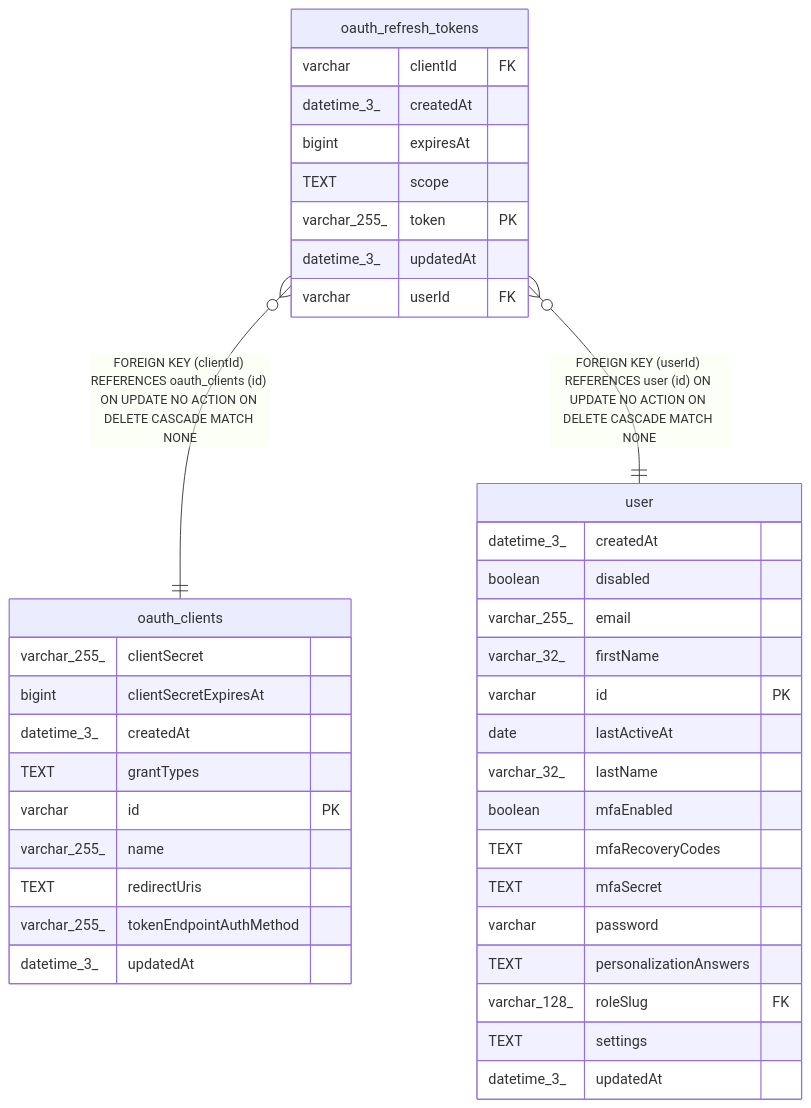
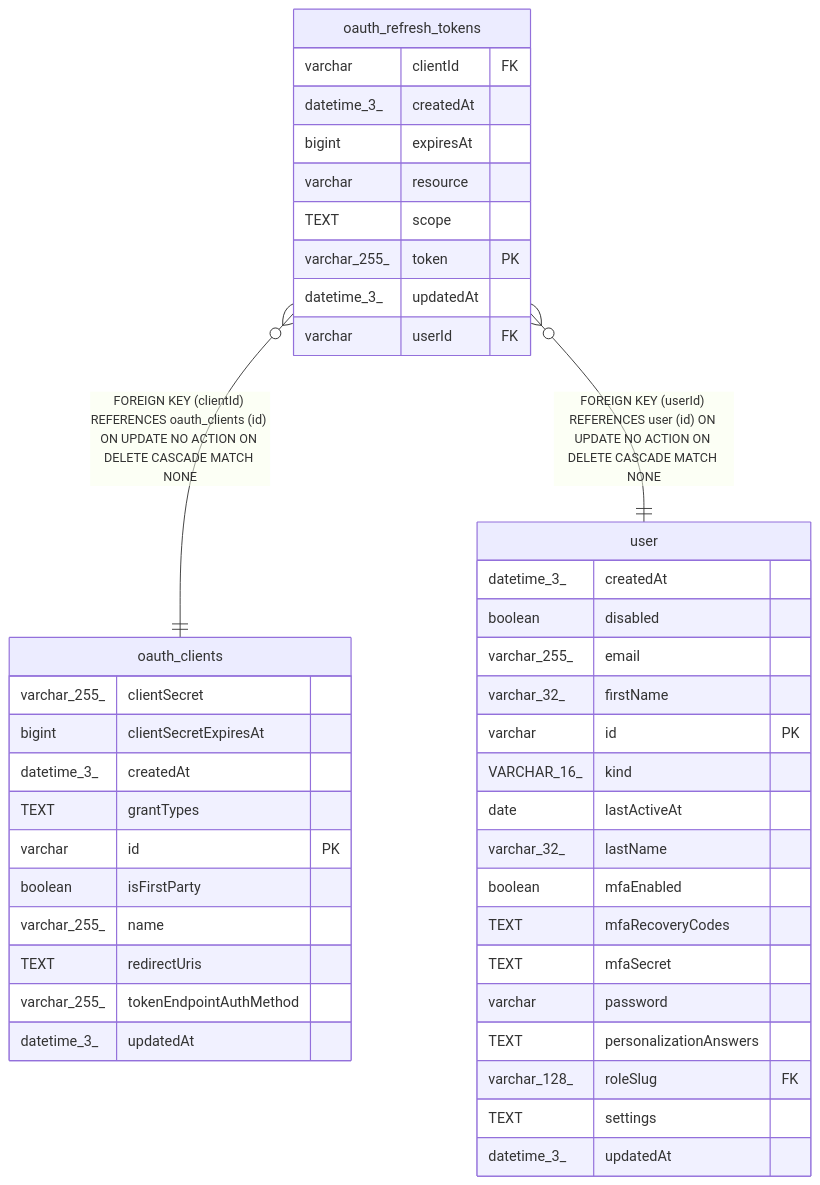
One commit to koreatest12/studys changed the diagram in n8n_integration/n8n_source/docs/generated/sqlite-schema/oauth_refresh_tokens.md. Above: the diagram before and after it, drawn with Mermaid. The commit also changed other lines of this file and 23019 other files, not shown here.

````diff
--- a/n8n_integration/n8n_source/docs/generated/sqlite-schema/oauth_refresh_tokens.md
+++ b/n8n_integration/n8n_source/docs/generated/sqlite-schema/oauth_refresh_tokens.md
@@ -43,44 +44,47 @@
 ```mermaid
 erDiagram
 
 "oauth_refresh_tokens" }o--|| "oauth_clients" : "FOREIGN KEY (clientId) REFERENCES oauth_clients (id) ON UPDATE NO ACTION ON DELETE CASCADE MATCH NONE"
 "oauth_refresh_tokens" }o--|| "user" : "FOREIGN KEY (userId) REFERENCES user (id) ON UPDATE NO ACTION ON DELETE CASCADE MATCH NONE"
 
 "oauth_refresh_tokens" {
   varchar clientId FK
   datetime_3_ createdAt
   bigint expiresAt
+  varchar resource
   TEXT scope
   varchar_255_ token PK
   datetime_3_ updatedAt
   varchar userId FK
 }
 "oauth_clients" {
   varchar_255_ clientSecret
   bigint clientSecretExpiresAt
   datetime_3_ createdAt
   TEXT grantTypes
   varchar id PK
+  boolean isFirstParty
   varchar_255_ name
   TEXT redirectUris
   varchar_255_ tokenEndpointAuthMethod
   datetime_3_ updatedAt
 }
 "user" {
   datetime_3_ createdAt
   boolean disabled
   varchar_255_ email
   varchar_32_ firstName
   varchar id PK
+  VARCHAR_16_ kind
   date lastActiveAt
   varchar_32_ lastName
   boolean mfaEnabled
   TEXT mfaRecoveryCodes
   TEXT mfaSecret
   varchar password
   TEXT personalizationAnswers
   varchar_128_ roleSlug FK
   TEXT settings
   datetime_3_ updatedAt
 }
 ```
````
